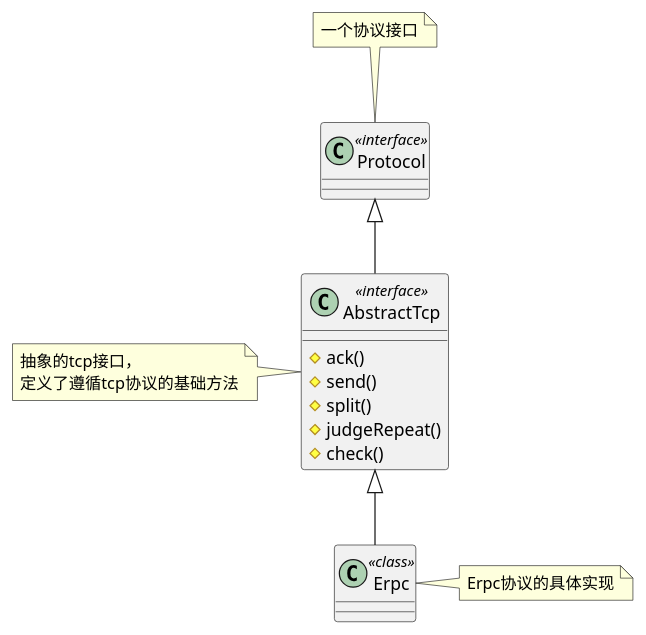
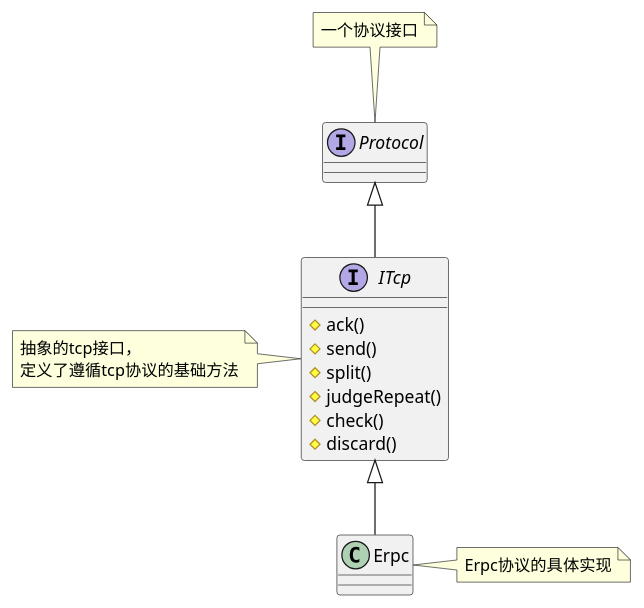
One commit to adanli/egg-rpc changed the third of 3 diagrams in readme.md. Above: the diagram before and after it, drawn with PlantUML. The commit also changed other lines of this file and 30 other files, not shown here.

````diff
--- a/readme.md
+++ b/readme.md
@@ -117,18 +122,19 @@
 ```puml
 @startuml
-Protocol <|-- AbstractTcp
-AbstractTcp <|-- Erpc 
-class Protocol <<interface>>
-class AbstractTcp <<interface>>{
+Protocol <|-- ITcp
+ITcp <|-- Erpc 
+interface Protocol 
+interface ITcp {
     {method} # ack()
     {method} # send()
     {method} # split()
     {method} # judgeRepeat()
     {method} # check()
+    {method} # discard()
 }
-class Erpc <<class>>
+class Erpc 
 note top of Protocol: 一个协议接口
-note left of AbstractTcp: 抽象的tcp接口，\n定义了遵循tcp协议的基础方法
+note left of ITcp: 抽象的tcp接口，\n定义了遵循tcp协议的基础方法
 note right of Erpc: Erpc协议的具体实现
 @enduml
 ```
````
